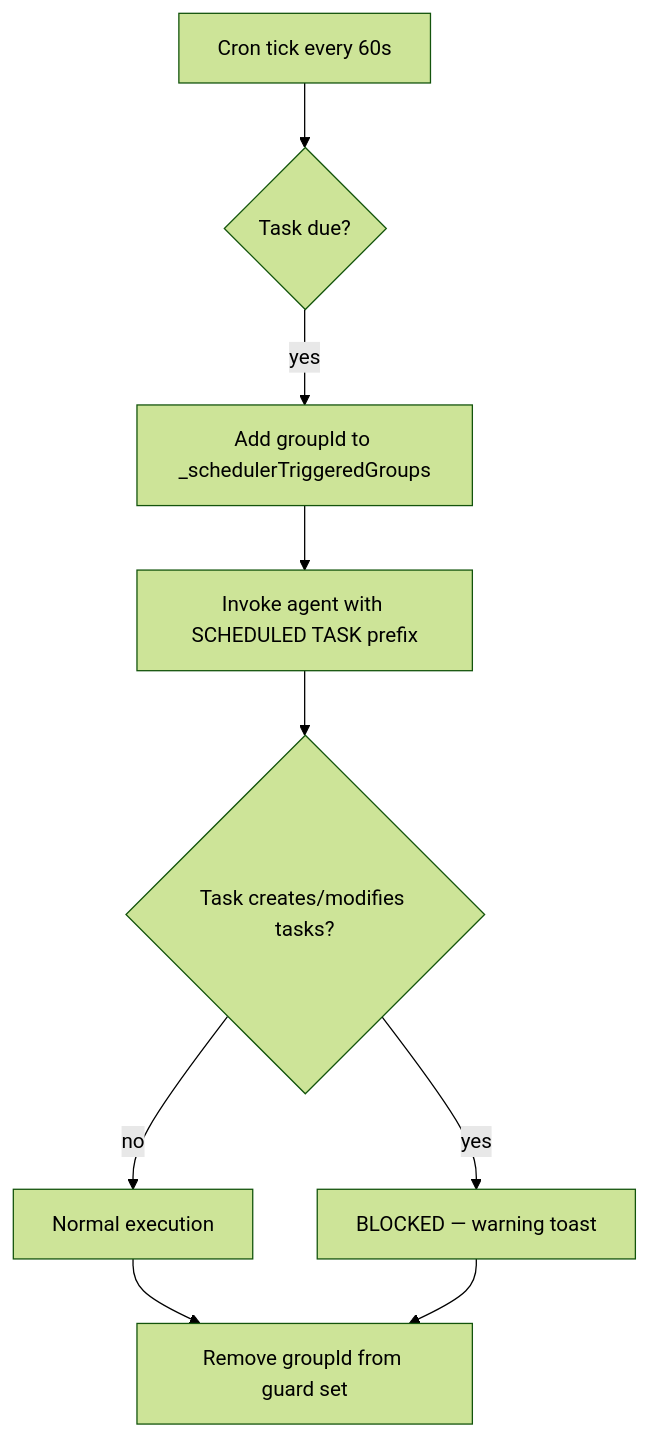
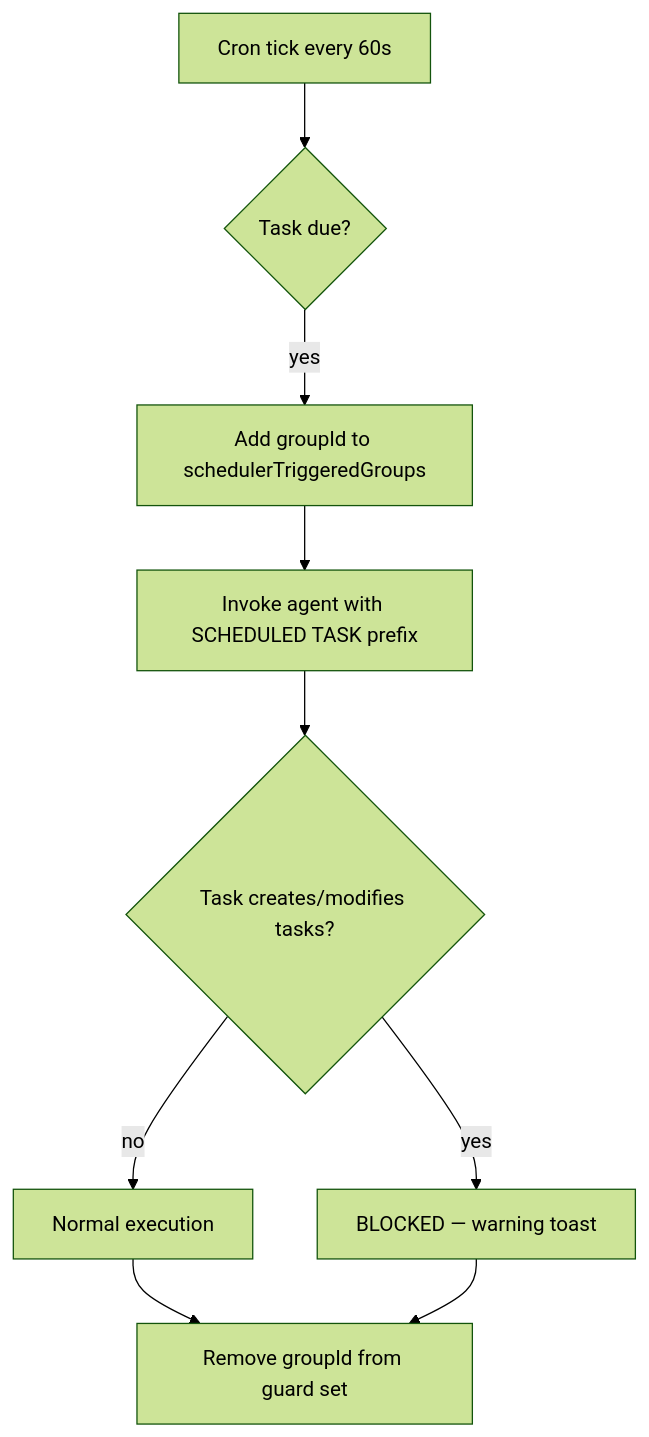
The third of 3 diagrams in docs/architecture/orchestrator.md (xt-ml/shadow-claw), drawn with Mermaid (forest theme) before and after one commit. The commit also changed 47 other files, not shown here.

````diff
--- a/docs/architecture/orchestrator.md
+++ b/docs/architecture/orchestrator.md
@@ -185,11 +185,11 @@
 ```mermaid
 flowchart TD
   A[Cron tick every 60s] --> B{Task due?}
-  B -->|yes| C[Add groupId to _schedulerTriggeredGroups]
+  B -->|yes| C[Add groupId to schedulerTriggeredGroups]
   C --> D[Invoke agent with SCHEDULED TASK prefix]
   D --> E{Task creates/modifies tasks?}
   E -->|yes| F[BLOCKED — warning toast]
   E -->|no| G[Normal execution]
   G --> H[Remove groupId from guard set]
   F --> H
 ```
````
